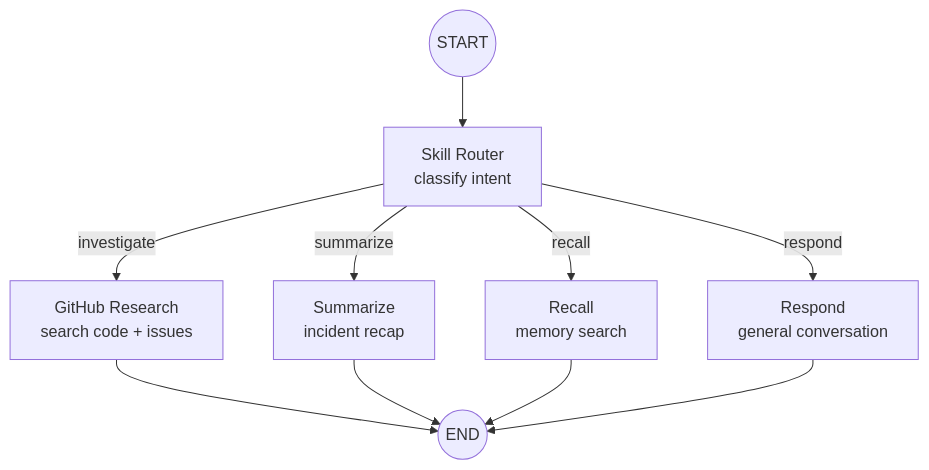
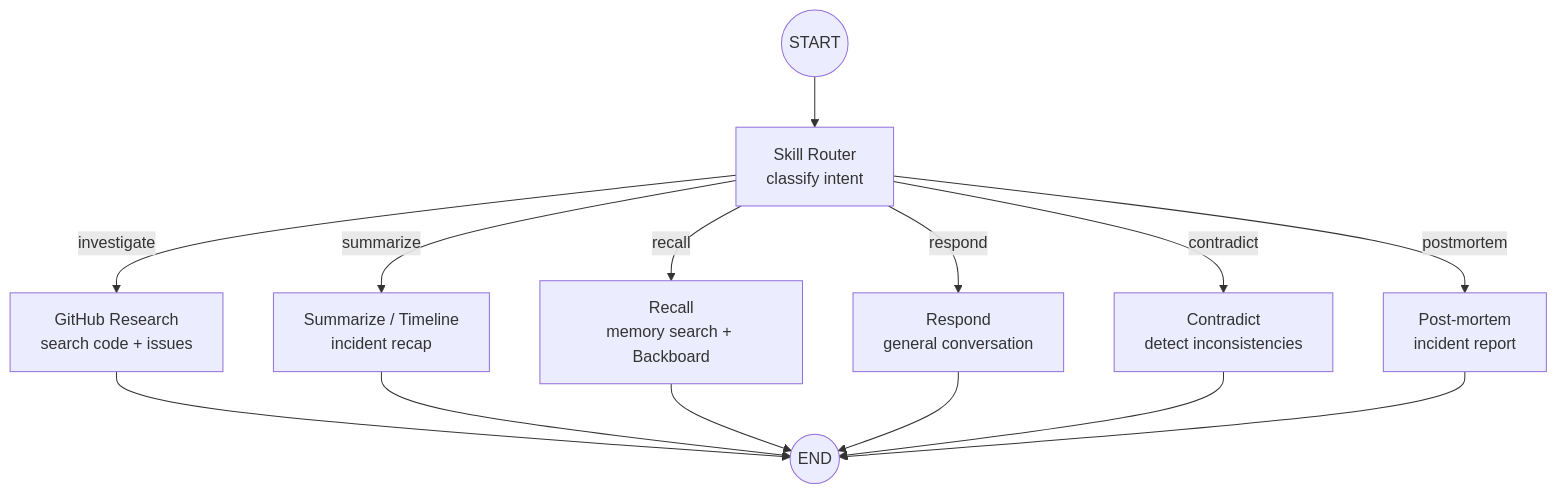
Before and after one commit to nishuastic/war-room-copilot: the second of 3 diagrams in docs/architecture.md, drawn with Mermaid. The commit also changed other lines of this file and 15 other files, not shown here.

First line of the commit message:
feat: implement P1 features — contradiction detection, decision capture, post-mortem, timeline, dashboard API, Backboard memory

````diff
--- a/docs/architecture.md
+++ b/docs/architecture.md
@@ -74,12 +74,16 @@
 ```mermaid
 flowchart TD
     START((START)) --> Router[Skill Router\nclassify intent]
     Router -->|investigate| Investigate[GitHub Research\nsearch code + issues]
-    Router -->|summarize| Summarize[Summarize\nincident recap]
-    Router -->|recall| Recall[Recall\nmemory search]
+    Router -->|summarize| Summarize[Summarize / Timeline\nincident recap]
+    Router -->|recall| Recall[Recall\nmemory search + Backboard]
     Router -->|respond| Respond[Respond\ngeneral conversation]
+    Router -->|contradict| Contradict[Contradict\ndetect inconsistencies]
+    Router -->|postmortem| Postmortem[Post-mortem\nincident report]
     Investigate --> END((END))
     Summarize --> END
     Recall --> END
     Respond --> END
+    Contradict --> END
+    Postmortem --> END
 ```
````
